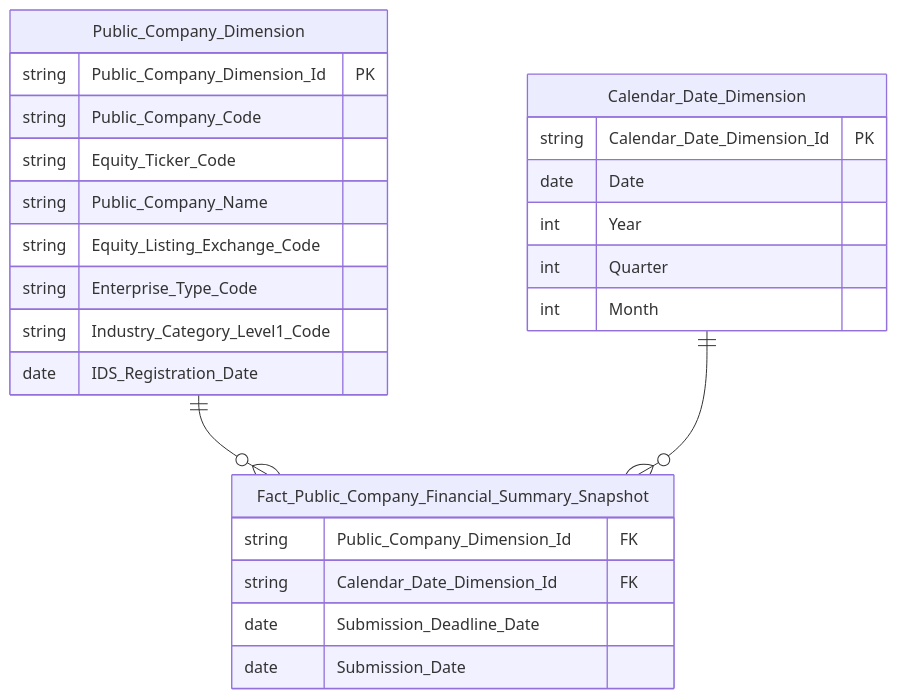
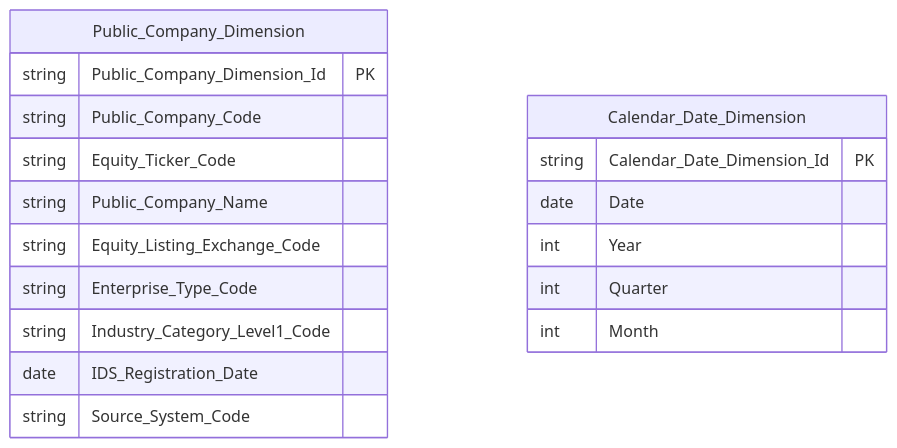
Before and after one commit to linhlvit/ubck_atomic_design: diagram 11 of 21 in Datamart/hld/DTM_GSDC_HLD.md, drawn with Mermaid. The commit also changed other lines of this file and 19 other files, not shown here.

````diff
--- a/Datamart/hld/DTM_GSDC_HLD.md
+++ b/Datamart/hld/DTM_GSDC_HLD.md
@@ -569,31 +560,22 @@
 ```mermaid
 erDiagram
-    Fact_Public_Company_Financial_Summary_Snapshot {
-        string Public_Company_Dimension_Id FK
-        string Calendar_Date_Dimension_Id FK
-        date Submission_Deadline_Date
-        date Submission_Date
-    }
-
     Public_Company_Dimension {
         string Public_Company_Dimension_Id PK
         string Public_Company_Code
         string Equity_Ticker_Code
         string Public_Company_Name
         string Equity_Listing_Exchange_Code
         string Enterprise_Type_Code
         string Industry_Category_Level1_Code
         date IDS_Registration_Date
+        string Source_System_Code
     }
 
     Calendar_Date_Dimension {
         string Calendar_Date_Dimension_Id PK
         date Date
         int Year
         int Quarter
         int Month
     }
-
-    Public_Company_Dimension ||--o{ Fact_Public_Company_Financial_Summary_Snapshot : ""
-    Calendar_Date_Dimension ||--o{ Fact_Public_Company_Financial_Summary_Snapshot : ""
 ```
````
